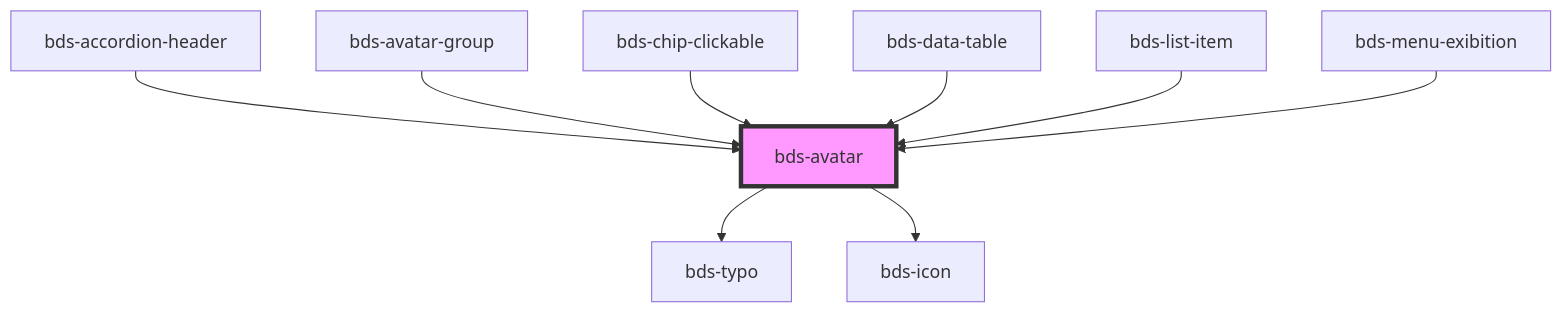
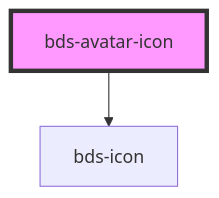
One commit to takenet/blip-ds changed the diagram in src/components/avatar/readme.md. Above: the diagram before and after it, drawn with Mermaid. The commit also changed other lines of this file and 14 other files, not shown here.

````diff
--- a/src/components/avatar/readme.md
+++ b/src/components/avatar/readme.md
@@ -47,12 +69,5 @@
 ```mermaid
 graph TD;
-  bds-avatar --> bds-typo
-  bds-avatar --> bds-icon
-  bds-accordion-header --> bds-avatar
-  bds-avatar-group --> bds-avatar
-  bds-chip-clickable --> bds-avatar
-  bds-data-table --> bds-avatar
-  bds-list-item --> bds-avatar
-  bds-menu-exibition --> bds-avatar
-  style bds-avatar fill:#f9f,stroke:#333,stroke-width:4px
+  bds-avatar-icon --> bds-icon
+  style bds-avatar-icon fill:#f9f,stroke:#333,stroke-width:4px
 ```
````
